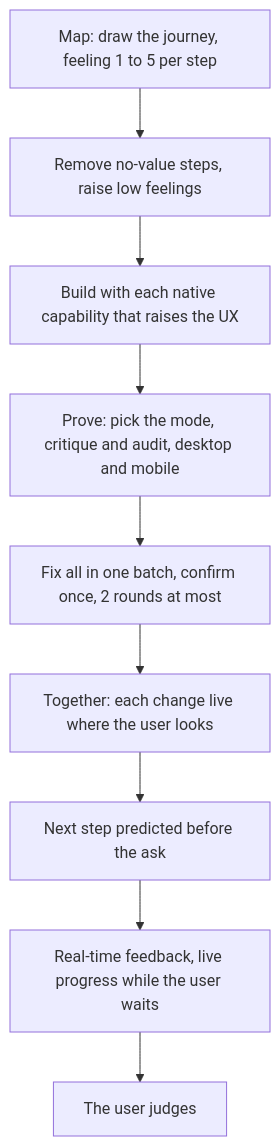
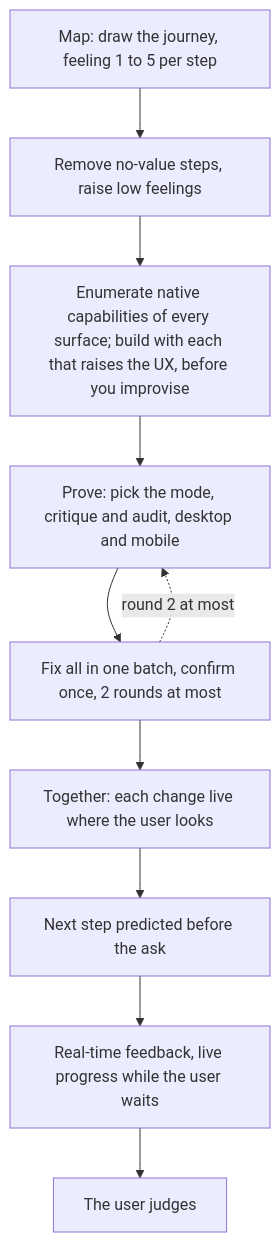
One commit to SolenixAI/arbiter changed the third of 14 diagrams in AGENTS.md. Above: the diagram before and after it, drawn with Mermaid. The commit also changed other lines of this file, not shown here.

First line of the commit message:
fix(agents): apply the fresh review of round 1

````diff
--- a/AGENTS.md
+++ b/AGENTS.md
@@ -124,11 +128,12 @@
 ```mermaid
 flowchart TD
   M["Map: draw the journey, feeling 1 to 5 per step"] --> R["Remove no-value steps, raise low feelings"]
-  R --> B["Build with each native capability that raises the UX"]
+  R --> B["Enumerate native capabilities of every surface; build with each that raises the UX, before you improvise"]
   B --> P["Prove: pick the mode, critique and audit, desktop and mobile"]
   P --> F["Fix all in one batch, confirm once, 2 rounds at most"]
+  F -.->|round 2 at most| P
   F --> T["Together: each change live where the user looks"]
   T --> N["Next step predicted before the ask"]
   N --> RT["Real-time feedback, live progress while the user waits"]
   RT --> J["The user judges"]
 ```
````
